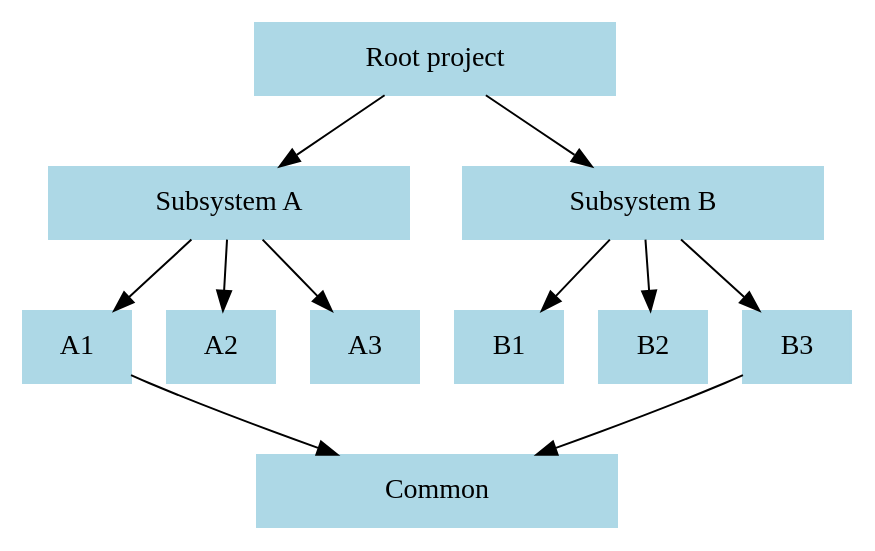
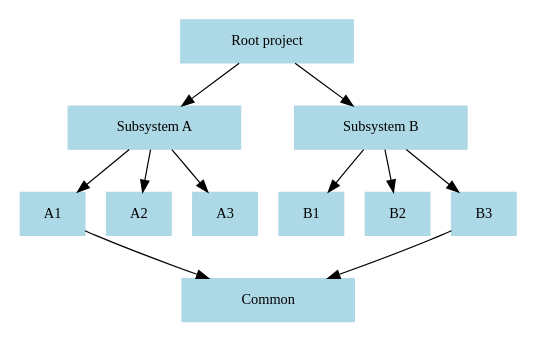
The diagram in tools/gnatcov/doc/umanual/prjtree.dot (AdaCore/gnatcoverage), drawn with Graphviz before and after one commit. The commit also changed 4 other files, not shown here.

Commit message:
Add examples and schemas about project file handling. L912-015

```diff
--- a/tools/gnatcov/doc/umanual/prjtree.dot
+++ b/tools/gnatcov/doc/umanual/prjtree.dot
@@ -1,45 +1,44 @@
 digraph G {
-
-	size = "7.5,7.5";
 	compound = true;
+        size = "3.5,3.5";
 	node [ shape = box, style=filled,
-          color = lightblue, fontcolor = black ];
+          color = lightblue, fontcolor = black, fontsize=12 ];
 
 	{
-		root [ label = "Root project", width = 2.5 ];
+		root [ label = "Root project", width = 2.0 ];
 	}
 	{ rank = same ; root };
 
 	{
-		ss_a [ label = "Subsystem A", width = 2.5 ];
-		ss_b [ label = "Subsystem B", width = 2.5 ];
+		ss_a [ label = "Subsystem A", width = 2.0 ];
+		ss_b [ label = "Subsystem B", width = 2.0 ];
 	}
 	{ rank = same ; ss_a; ss_b }
 	root -> ss_a;
 	root -> ss_b;
 
 	{
 		sa1 [ label = "A1" ];
 		sa2 [ label = "A2" ];
 		sa3 [ label = "A3" ];
 
 		sb1 [ label = "B1" ];
 		sb2 [ label = "B2" ];
 		sb3 [ label = "B3" ];
 	}
 	{ rank = same ; sa1; sa2; sa3; sb1; sb2; sb3 };
 	ss_a -> sa1;
 	ss_a -> sa2;
 	ss_a -> sa3;
 
 	ss_b -> sb1;
 	ss_b -> sb2;
 	ss_b -> sb3;
 
 	{
-		common [ label = "Common", width = 2.5 ];
+		common [ label = "Common", width = 2.0 ];
 	}
 
 	sa1 -> common;
 	sb3 -> common;
 }
```
